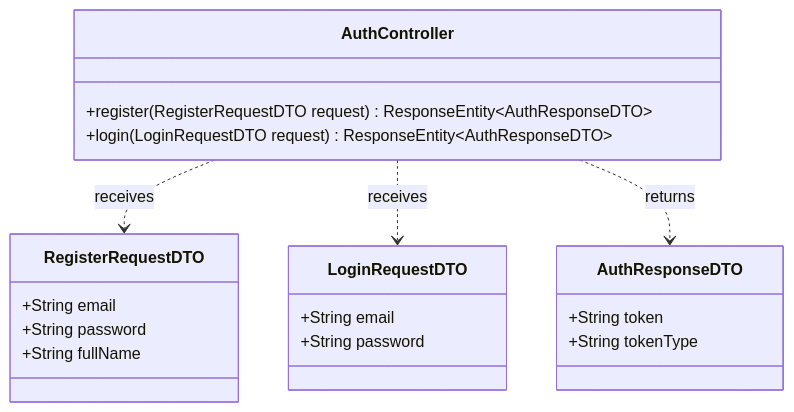
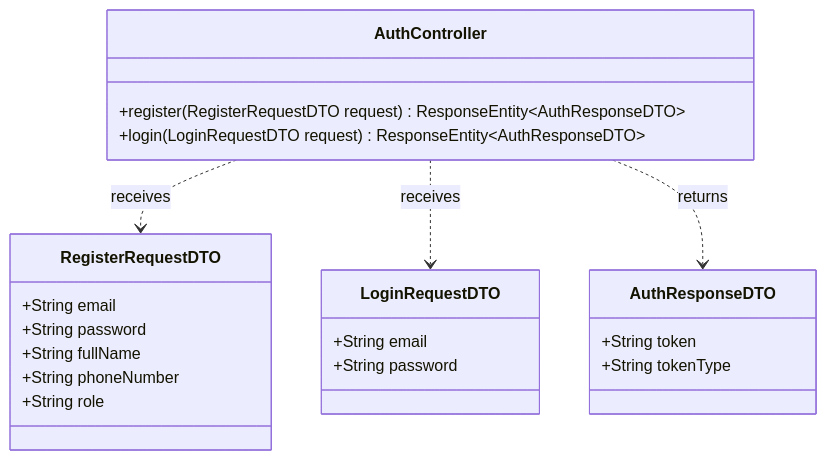
Before and after one commit to BlackyB0o/CS261_650001_group5: the first of 7 diagrams in docs/task-04/README.md, drawn with Mermaid. The commit also changed other lines of this file, not shown here.

Commit message:
docs: update task-04 include phoneNumber, role, and save user DAO method

````diff
--- a/docs/task-04/README.md
+++ b/docs/task-04/README.md
@@ -70,24 +78,26 @@
 ```mermaid
 classDiagram
     class AuthController {
         +register(RegisterRequestDTO request) ResponseEntity~AuthResponseDTO~
         +login(LoginRequestDTO request) ResponseEntity~AuthResponseDTO~
     }
     class RegisterRequestDTO {
         +String email
         +String password
         +String fullName
+        +String phoneNumber
+        +String role
     }
     class LoginRequestDTO {
         +String email
         +String password
     }
     class AuthResponseDTO {
         +String token
         +String tokenType
     }
 
     AuthController ..> RegisterRequestDTO : receives
     AuthController ..> LoginRequestDTO : receives
     AuthController ..> AuthResponseDTO : returns
 ```
````
